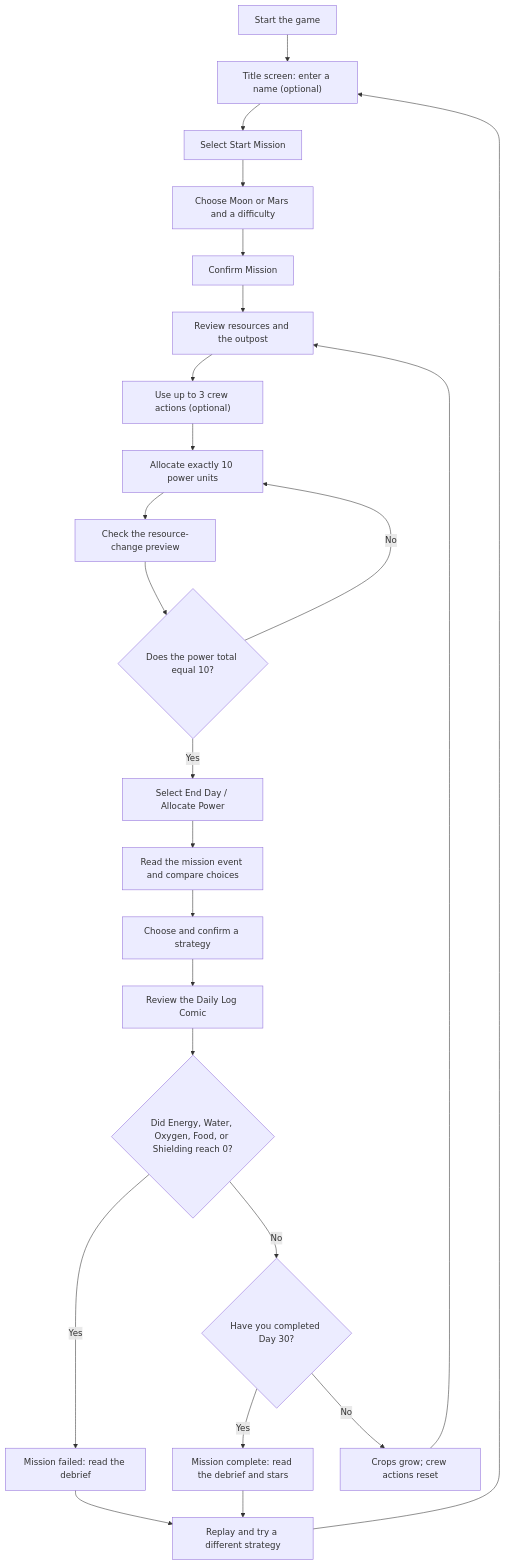
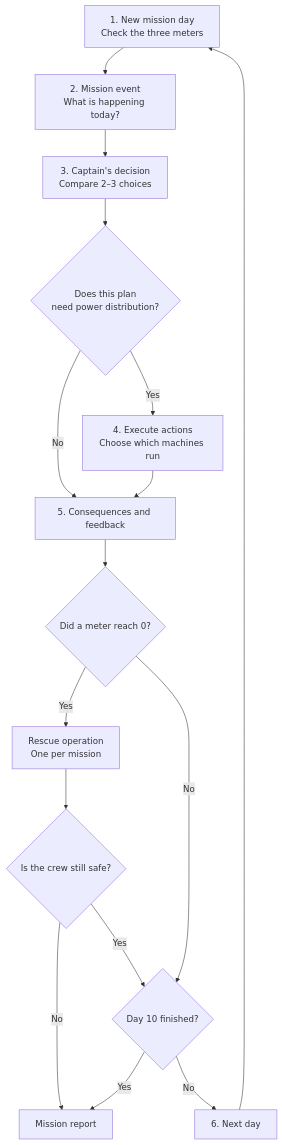
Before and after one commit to sleem5482/Nasa-Game: the diagram in README.md, drawn with Mermaid. The commit also changed other lines of this file and 82 other files, not shown here.

````diff
--- a/README.md
+++ b/README.md
@@ -18,26 +51,18 @@
 ```mermaid
 flowchart TD
-    A["Start the game"] --> B["Title screen: enter a name (optional)"]
-    B --> C["Select Start Mission"]
-    C --> D["Choose Moon or Mars and a difficulty"]
-    D --> E["Confirm Mission"]
-    E --> F["Review resources and the outpost"]
-    F --> G["Use up to 3 crew actions (optional)"]
-    G --> H["Allocate exactly 10 power units"]
-    H --> I["Check the resource-change preview"]
-    I --> J{"Does the power total equal 10?"}
-    J -- "No" --> H
-    J -- "Yes" --> K["Select End Day / Allocate Power"]
-    K --> L["Read the mission event and compare choices"]
-    L --> M["Choose and confirm a strategy"]
-    M --> N["Review the Daily Log Comic"]
-    N --> O{"Did Energy, Water, Oxygen, Food, or Shielding reach 0?"}
-    O -- "Yes" --> P["Mission failed: read the debrief"]
-    O -- "No" --> Q{"Have you completed Day 30?"}
-    Q -- "Yes" --> R["Mission complete: read the debrief and stars"]
-    Q -- "No" --> S["Crops grow; crew actions reset"]
-    S --> F
-    P --> T["Replay and try a different strategy"]
-    R --> T
-    T --> B
+    A["1. New mission day<br/>Check the three meters"] --> B["2. Mission event<br/>What is happening today?"]
+    B --> C["3. Captain's decision<br/>Compare 2–3 choices"]
+    C --> D{"Does this plan<br/>need power distribution?"}
+    D -- "Yes" --> E["4. Execute actions<br/>Choose which machines run"]
+    D -- "No" --> F["5. Consequences and feedback"]
+    E --> F
+    F --> G{"Did a meter reach 0?"}
+    G -- "Yes" --> H["Rescue operation<br/>One per mission"]
+    H --> I{"Is the crew still safe?"}
+    I -- "No" --> J["Mission report"]
+    I -- "Yes" --> K{"Day 10 finished?"}
+    G -- "No" --> K
+    K -- "No" --> L["6. Next day"]
+    L --> A
+    K -- "Yes" --> J
 ```
````
